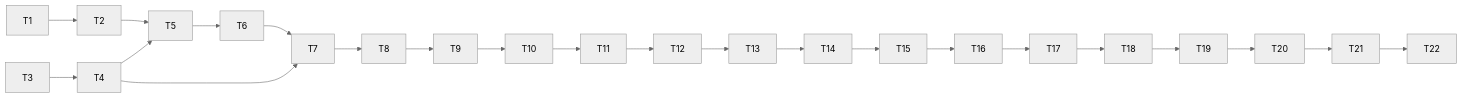
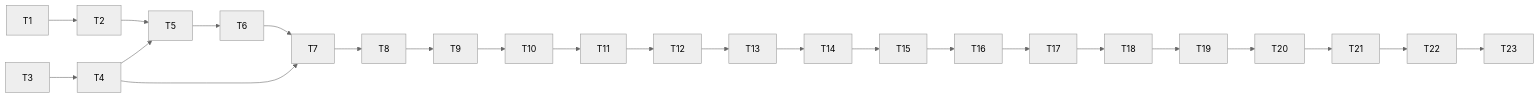
Before and after one commit to OUTLElijiadong/llm-agent-code-review: the diagram in docs/沙箱黑盒入口与上下文复用20261008/TASK_沙箱黑盒入口与上下文复用.md, drawn with Mermaid (neutral theme). The commit also changed other lines of this file and 7 other files, not shown here.

````diff
--- a/docs/沙箱黑盒入口与上下文复用20261008/TASK_沙箱黑盒入口与上下文复用.md
+++ b/docs/沙箱黑盒入口与上下文复用20261008/TASK_沙箱黑盒入口与上下文复用.md
@@ -31,25 +32,26 @@
 ```mermaid
 flowchart LR
   T1 --> T2
   T3 --> T4
   T2 --> T5
   T4 --> T5
   T5 --> T6
   T4 --> T7
   T6 --> T7
   T7 --> T8
   T8 --> T9
   T9 --> T10
   T10 --> T11
   T11 --> T12
   T12 --> T13
   T13 --> T14
   T14 --> T15
   T15 --> T16
   T16 --> T17
   T17 --> T18
   T18 --> T19
   T19 --> T20
   T20 --> T21
   T21 --> T22
+  T22 --> T23
 ```
````
